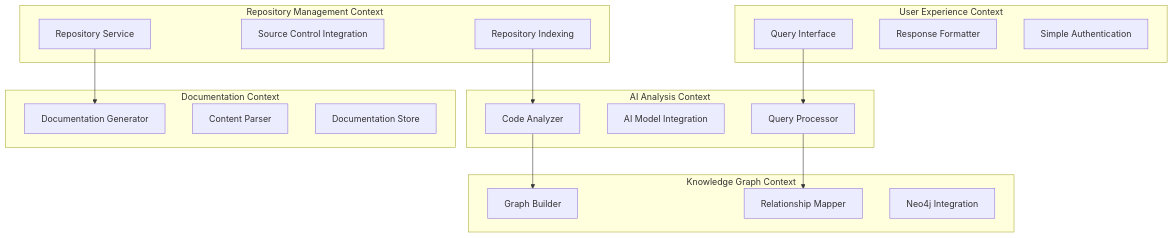
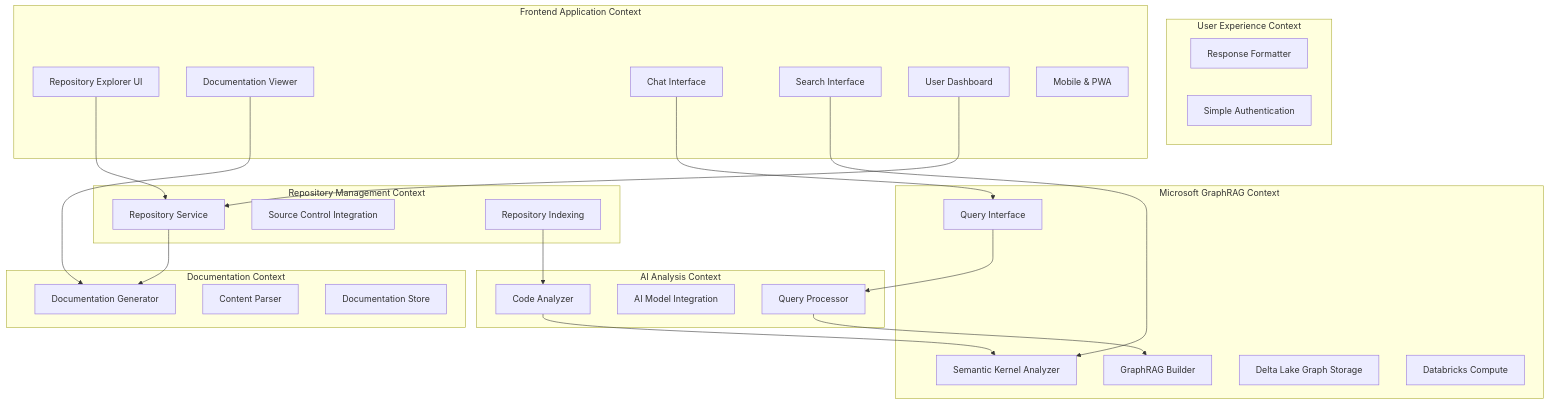
The first of 2 diagrams in docs/architecture-plan.md (benjamin-johnston-work/claude-agentic-patterns-template), drawn with Mermaid before and after one commit. The commit also changed other lines of this file and 3 other files, not shown here.

````diff
--- a/docs/architecture-plan.md
+++ b/docs/architecture-plan.md
@@ -43,38 +54,54 @@
 ```mermaid
 graph TB
     subgraph "Repository Management Context"
         A[Repository Service]
         B[Source Control Integration]
         C[Repository Indexing]
     end
     
     subgraph "Documentation Context"
         D[Documentation Generator]
         E[Content Parser]
         F[Documentation Store]
     end
     
     subgraph "AI Analysis Context"
         G[Code Analyzer]
         H[AI Model Integration]
         I[Query Processor]
     end
     
-    subgraph "Knowledge Graph Context"
-        J[Graph Builder]
-        K[Relationship Mapper]
-        L[Neo4j Integration]
+    subgraph "Microsoft GraphRAG Context"
+        J[Semantic Kernel Analyzer]
+        K[GraphRAG Builder]
+        L[Delta Lake Graph Storage]
+        M[Vector Embeddings Store]
+        DB[Databricks Compute]
     end
     
     subgraph "User Experience Context"
         M[Query Interface]
         N[Response Formatter]
         O[Simple Authentication]
     end
     
+    subgraph "Frontend Application Context"
+        P[Repository Explorer UI]
+        Q[Documentation Viewer]
+        R[Chat Interface]
+        S[Search Interface]
+        T[User Dashboard]
+        U[Mobile & PWA]
+    end
+    
     A --> D
     C --> G
     G --> J
     I --> K
     M --> I
+    P --> A
+    Q --> D
+    R --> M
+    S --> J
+    T --> A
 ```
````
